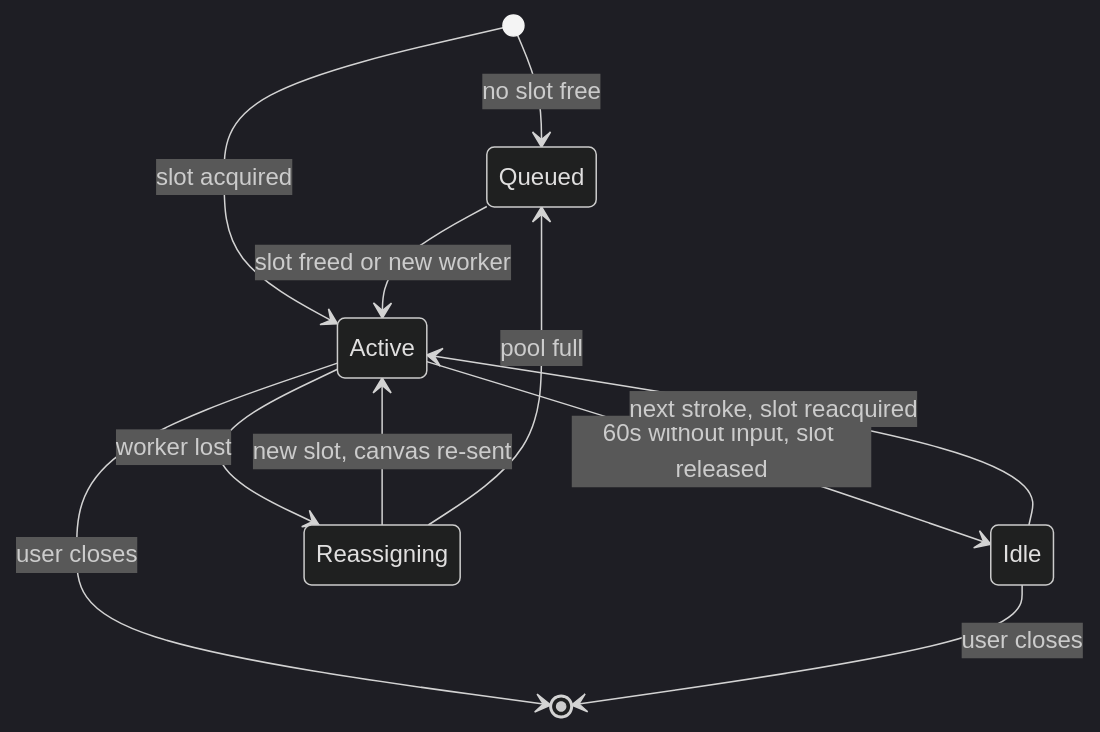
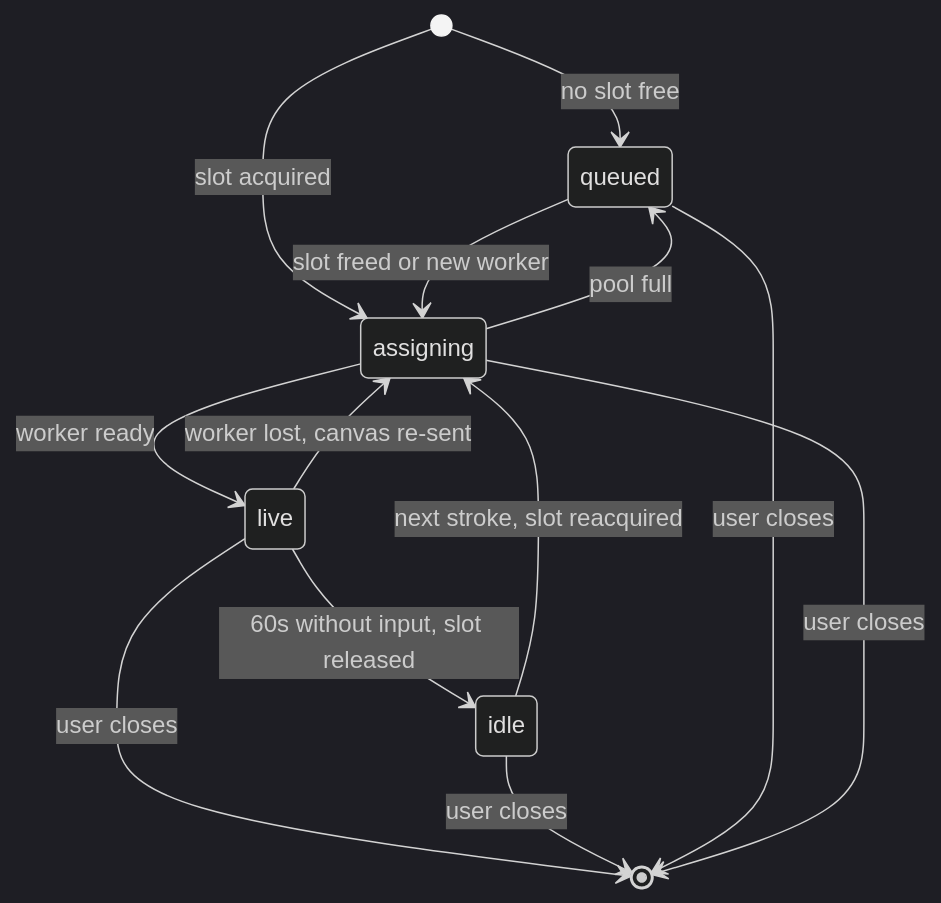
Before and after one commit to Portocolom-Studio/potocolom: the fifth of 15 diagrams in docs/architecture.md, drawn with Mermaid (dark theme). The commit also changed other lines of this file and 4 other files, not shown here.

````diff
--- a/docs/architecture.md
+++ b/docs/architecture.md
@@ -241,13 +241,15 @@
 ```mermaid
 stateDiagram-v2
-    [*] --> Queued: no slot free
-    [*] --> Active: slot acquired
-    Queued --> Active: slot freed or new worker
-    Active --> Idle: 60s without input, slot released
-    Idle --> Active: next stroke, slot reacquired
-    Active --> Reassigning: worker lost
-    Reassigning --> Active: new slot, canvas re-sent
-    Reassigning --> Queued: pool full
-    Active --> [*]: user closes
-    Idle --> [*]: user closes
+    [*] --> queued: no slot free
+    [*] --> assigning: slot acquired
+    queued --> assigning: slot freed or new worker
+    assigning --> live: worker ready
+    live --> idle: 60s without input, slot released
+    idle --> assigning: next stroke, slot reacquired
+    live --> assigning: worker lost, canvas re-sent
+    assigning --> queued: pool full
+    live --> [*]: user closes
+    idle --> [*]: user closes
+    queued --> [*]: user closes
+    assigning --> [*]: user closes
 ```
````
